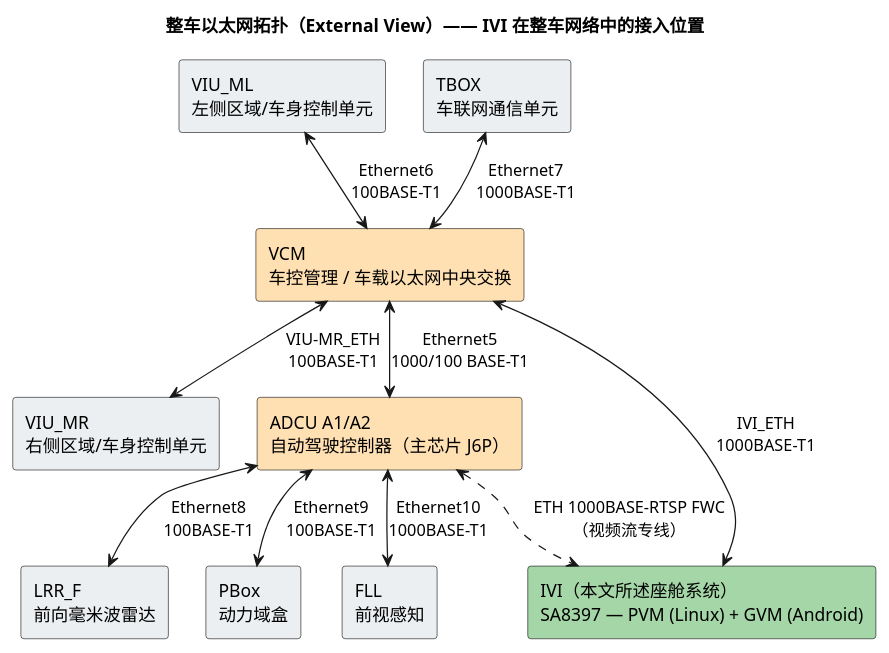
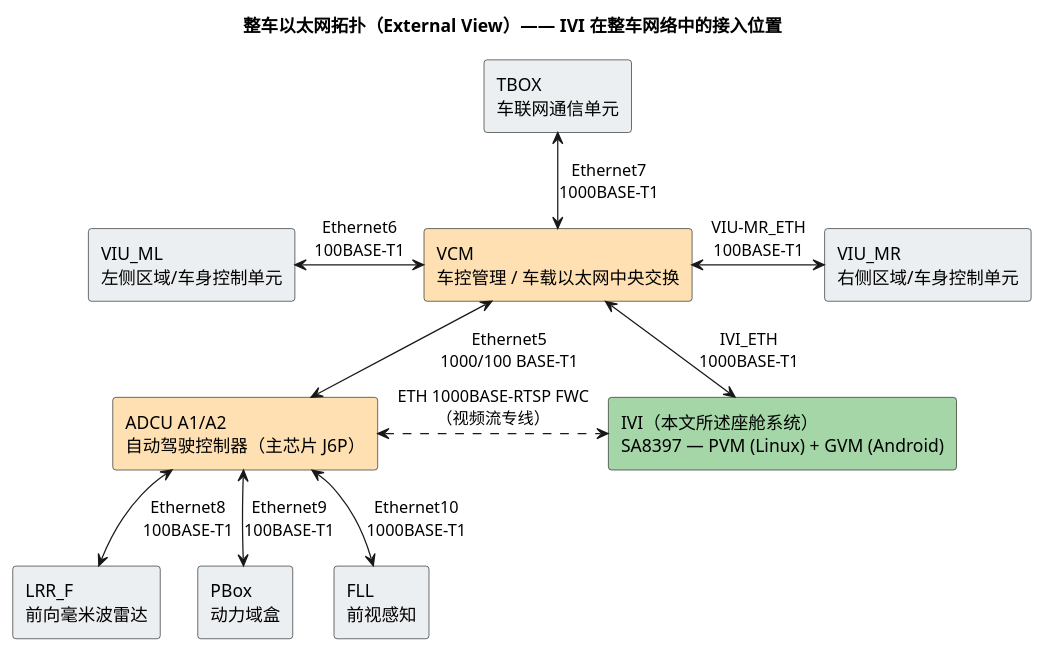
The first of 2 diagrams in work/network_topology.md (Ethen-Cao/ethenslab), drawn with PlantUML before and after one commit.

````diff
--- a/work/network_topology.md
+++ b/work/network_topology.md
@@ -71,36 +71,36 @@
 ```plantuml
 @startuml
 skinparam componentStyle rectangle
 skinparam defaultFontName "sans-serif"
 skinparam shadowing false
 skinparam nodesep 30
 skinparam ranksep 40
 title 整车以太网拓扑（External View）—— IVI 在整车网络中的接入位置
 
 rectangle "VIU_ML\n左侧区域/车身控制单元" as VIUML #ECEFF1
 rectangle "TBOX\n车联网通信单元" as TBOX #ECEFF1
 
 rectangle "VCM\n车控管理 / 车载以太网中央交换" as VCM #FFE0B2
 
 rectangle "IVI（本文所述座舱系统）\nSA8397 — PVM (Linux) + GVM (Android)" as IVI #A5D6A7
 
 rectangle "VIU_MR\n右侧区域/车身控制单元" as VIUMR #ECEFF1
 rectangle "ADCU A1/A2\n自动驾驶控制器（主芯片 J6P）" as ADCU #FFE0B2
 
 rectangle "LRR_F\n前向毫米波雷达" as LRR #ECEFF1
 rectangle "PBox\n动力域盒" as PBOX #ECEFF1
 rectangle "FLL\n前视感知" as FLL #ECEFF1
 
-VIUML <--> VCM : Ethernet6\n100BASE-T1
+VIUML <-right-> VCM : Ethernet6\n100BASE-T1
 TBOX <--> VCM : Ethernet7\n1000BASE-T1
 IVI <--> VCM : IVI_ETH\n1000BASE-T1
-VCM <--> VIUMR : VIU-MR_ETH\n100BASE-T1
+VCM <-right-> VIUMR : VIU-MR_ETH\n100BASE-T1
 VCM <--> ADCU : Ethernet5\n1000/100 BASE-T1
 
 ADCU <--> LRR : Ethernet8\n100BASE-T1
 ADCU <--> PBOX : Ethernet9\n100BASE-T1
 ADCU <--> FLL : Ethernet10\n1000BASE-T1
 
-ADCU <..> IVI : ETH 1000BASE-RTSP FWC\n（视频流专线）
+ADCU <.right.> IVI : ETH 1000BASE-RTSP FWC\n（视频流专线）
 @enduml
 ```
````
